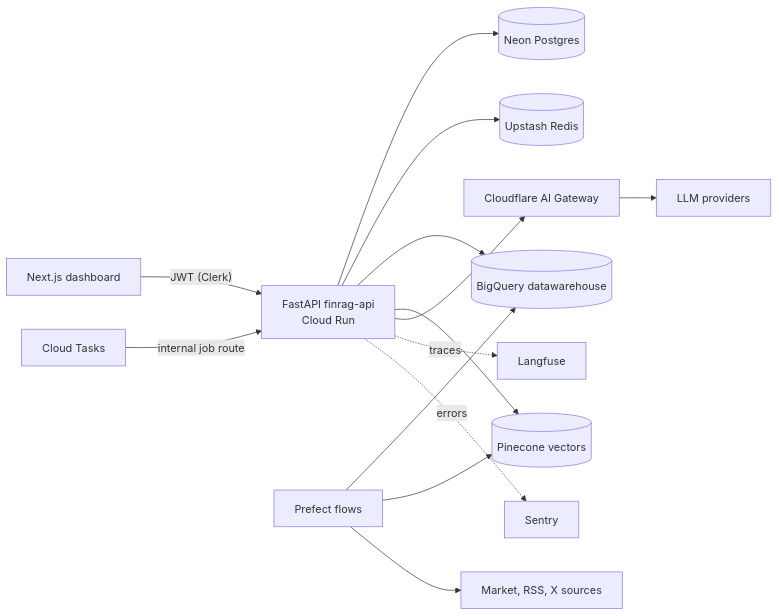
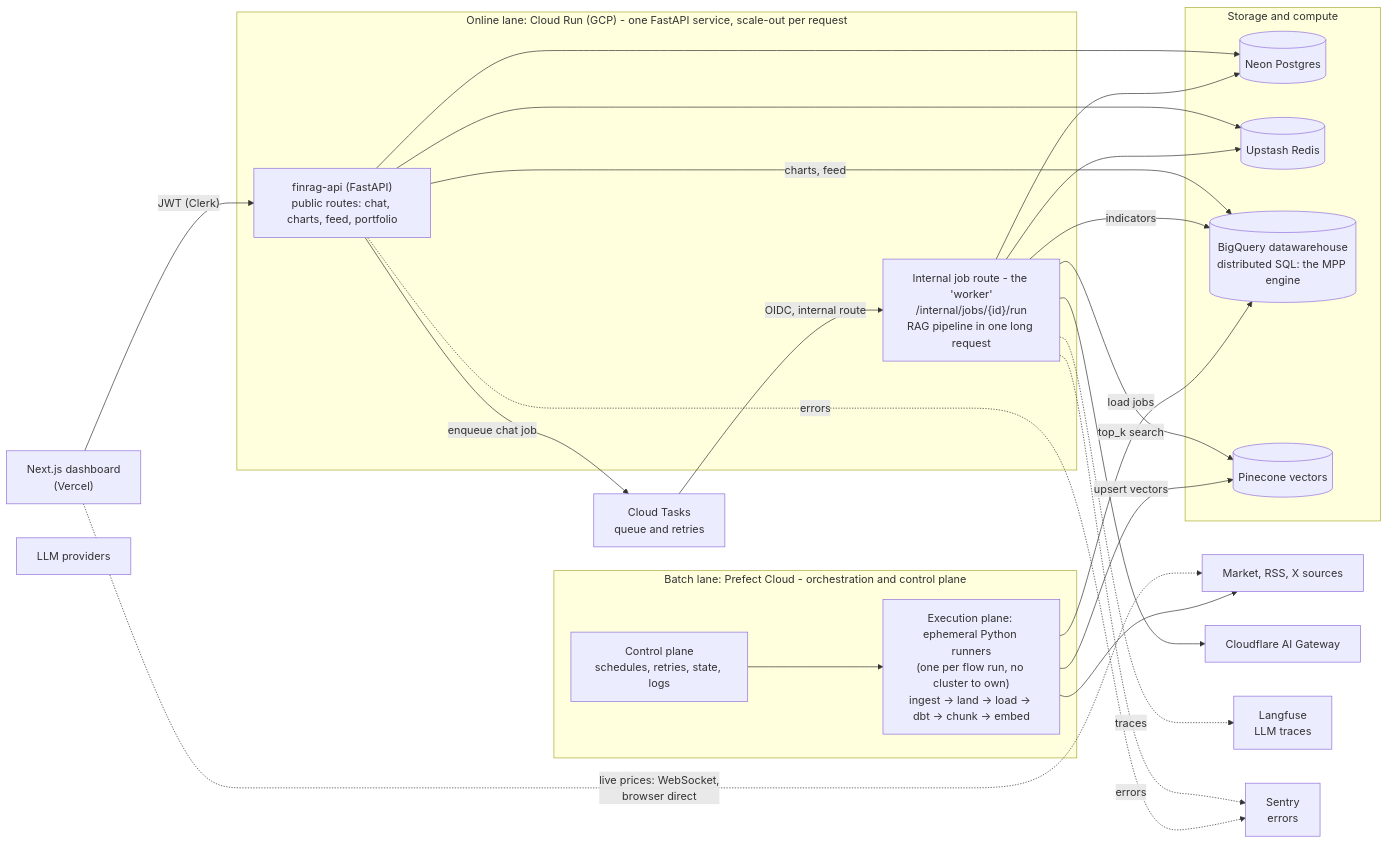
The diagram in README.md (Erwdev/FinRAG), drawn with Mermaid before and after one commit. The commit also changed other lines of this file and 3 other files, not shown here.

````diff
--- a/README.md
+++ b/README.md
@@ -40,15 +49,47 @@
 ```mermaid
 flowchart LR
-  WEB["Next.js dashboard"] -->|"JWT (Clerk)"| API["FastAPI finrag-api<br/>Cloud Run"]
-  TASKS["Cloud Tasks"] -->|"internal job route"| API
-  API --> PG[("Neon Postgres")]
-  API --> RD[("Upstash Redis")]
-  API --> BQ[("BigQuery datawarehouse")]
-  API --> PC[("Pinecone vectors")]
-  API --> CFGW["Cloudflare AI Gateway"] --> LLM["LLM providers"]
-  FLOWS["Prefect flows"] --> BQ
-  FLOWS --> PC
-  FLOWS --> SRC["Market, RSS, X sources"]
-  API -.->|"traces"| LF["Langfuse"]
-  API -.->|"errors"| SE["Sentry"]
+  subgraph CR["Online lane: Cloud Run (GCP) - one FastAPI service, scale-out per request"]
+    API["finrag-api (FastAPI)<br/>public routes: chat, charts, feed, portfolio"]
+    JOB["Internal job route - the 'worker'<br/>/internal/jobs/{id}/run<br/>RAG pipeline in one long request"]
+  end
+
+  subgraph PF["Batch lane: Prefect Cloud - orchestration and control plane"]
+    CTRL["Control plane<br/>schedules, retries, state, logs"]
+    RUN["Execution plane: ephemeral Python runners<br/>(one per flow run, no cluster to own)<br/>ingest -> land -> load -> dbt -> chunk -> embed"]
+    CTRL --> RUN
+  end
+
+  subgraph ST["Storage and compute"]
+    PG[("Neon Postgres")]
+    RD[("Upstash Redis")]
+    BQ[("BigQuery datawarehouse<br/>distributed SQL: the MPP engine")]
+    PC[("Pinecone vectors")]
+  end
+
+  WEB["Next.js dashboard<br/>(Vercel)"]
+  TASKS["Cloud Tasks<br/>queue and retries"]
+  SRC["Market, RSS, X sources"]
+  CFGW["Cloudflare AI Gateway"]
+  LLM["LLM providers"]
+  LF["Langfuse<br/>LLM traces"]
+  SE["Sentry<br/>errors"]
+
+  WEB -->|"JWT (Clerk)"| API
+  WEB -.->|"live prices: WebSocket,<br/>browser direct"| SRC
+  API -->|"enqueue chat job"| TASKS
+  TASKS -->|"OIDC, internal route"| JOB
+  API --> PG
+  API --> RD
+  API -->|"charts, feed"| BQ
+  JOB --> PG
+  JOB --> RD
+  JOB -->|"indicators"| BQ
+  JOB -->|"top_k search"| PC
+  JOB --> CFGW
+  RUN --> SRC
+  RUN -->|"load jobs"| BQ
+  RUN -->|"upsert vectors"| PC
+  JOB -.->|"traces"| LF
+  JOB -.->|"errors"| SE
+  API -.->|"errors"| SE
 ```
````
